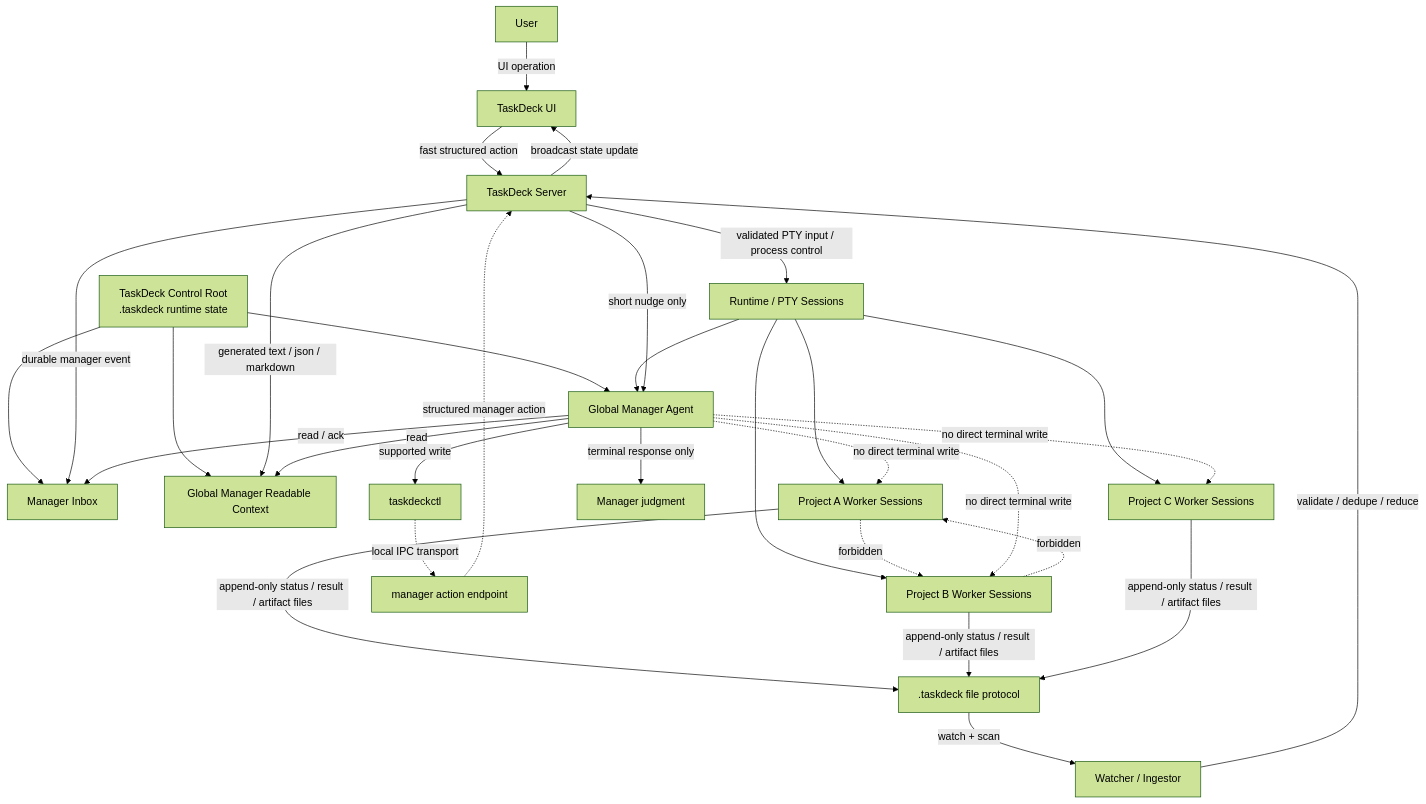
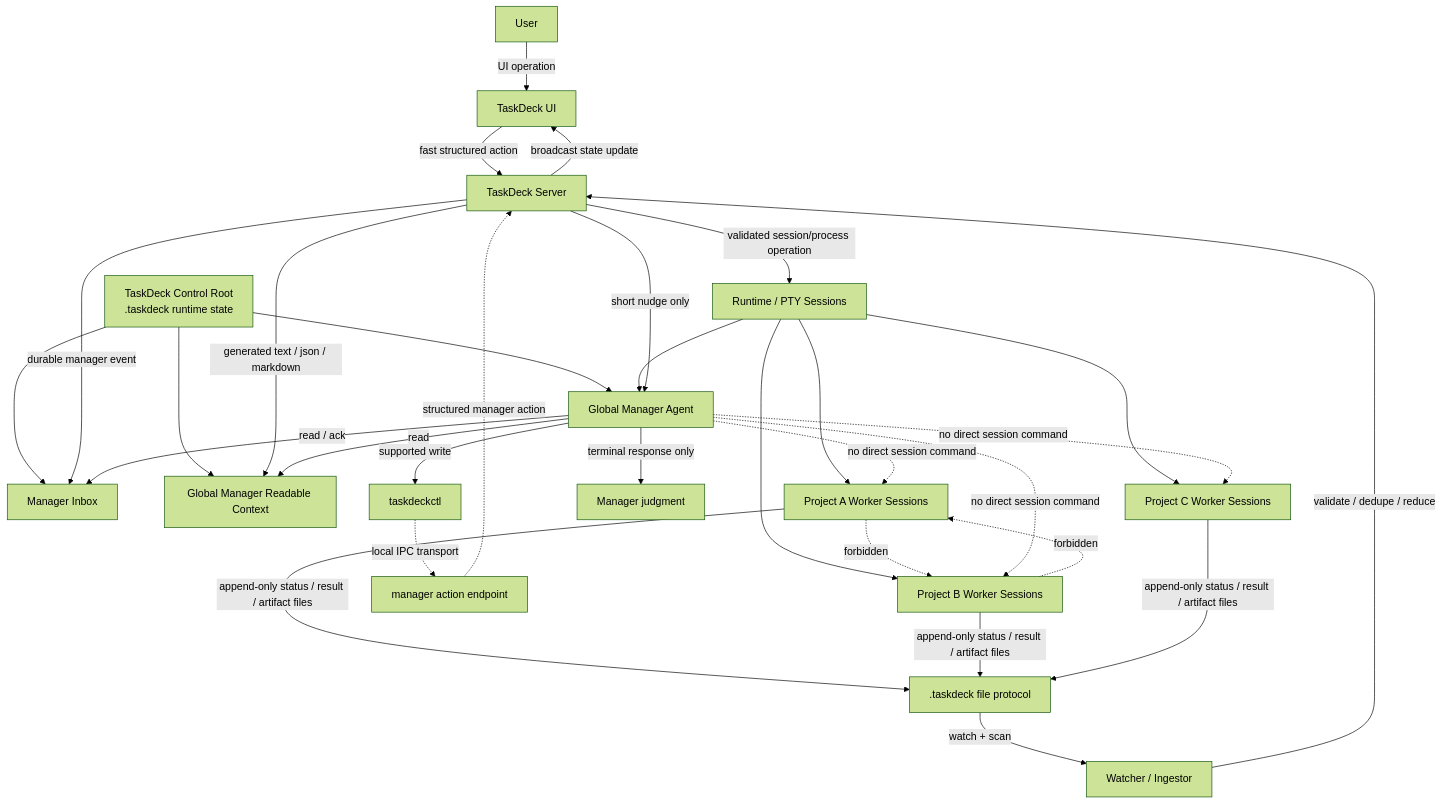
The diagram in docs/taskdeck-actor-protocol.md (hayashikentaro/task-deck), drawn with Mermaid (forest theme) before and after one commit. The commit also changed other lines of this file, not shown here.

Commit message:
Clarify manager action discoverability protocol

````diff
--- a/docs/taskdeck-actor-protocol.md
+++ b/docs/taskdeck-actor-protocol.md
@@ -47,42 +39,42 @@
 ```mermaid
 flowchart TD
   User[User] -->|UI operation| UI[TaskDeck UI]
   UI -->|fast structured action| Server[TaskDeck Server]
 
   ControlRoot[TaskDeck Control Root<br/>.taskdeck runtime state] --> ManagerInbox[Manager Inbox]
   ControlRoot --> ReadModel[Global Manager Readable Context]
   ControlRoot --> Manager[Global Manager Agent]
 
-  Server -->|validated PTY input / process control| Runtime[Runtime / PTY Sessions]
+  Server -->|validated session/process operation| Runtime[Runtime / PTY Sessions]
   Runtime --> ProjectA[Project A Worker Sessions]
   Runtime --> ProjectB[Project B Worker Sessions]
   Runtime --> ProjectC[Project C Worker Sessions]
   Runtime --> Manager
 
   ProjectA -->|append-only status / result / artifact files| Files[.taskdeck file protocol]
   ProjectB -->|append-only status / result / artifact files| Files
   ProjectC -->|append-only status / result / artifact files| Files
 
   Files -->|watch + scan| Ingest[Watcher / Ingestor]
   Ingest -->|validate / dedupe / reduce| Server
 
   Server -->|generated text / json / markdown| ReadModel
   Server -->|durable manager event| ManagerInbox
   Server -->|short nudge only| Manager
 
   Manager -->|read| ReadModel
   Manager -->|read / ack| ManagerInbox
   Manager -->|terminal response only| ManagerOutput[Manager judgment]
 
   Manager -->|supported write| Taskdeckctl[taskdeckctl]
   Taskdeckctl -. local IPC transport .-> ManagerActionEndpoint[manager action endpoint]
   ManagerActionEndpoint -. structured manager action .-> Server
 
   Server -->|broadcast state update| UI
 
   ProjectA -. forbidden .-> ProjectB
   ProjectB -. forbidden .-> ProjectA
-  Manager -. no direct terminal write .-> ProjectA
-  Manager -. no direct terminal write .-> ProjectB
-  Manager -. no direct terminal write .-> ProjectC
+  Manager -. no direct session command .-> ProjectA
+  Manager -. no direct session command .-> ProjectB
+  Manager -. no direct session command .-> ProjectC
 ```
````
